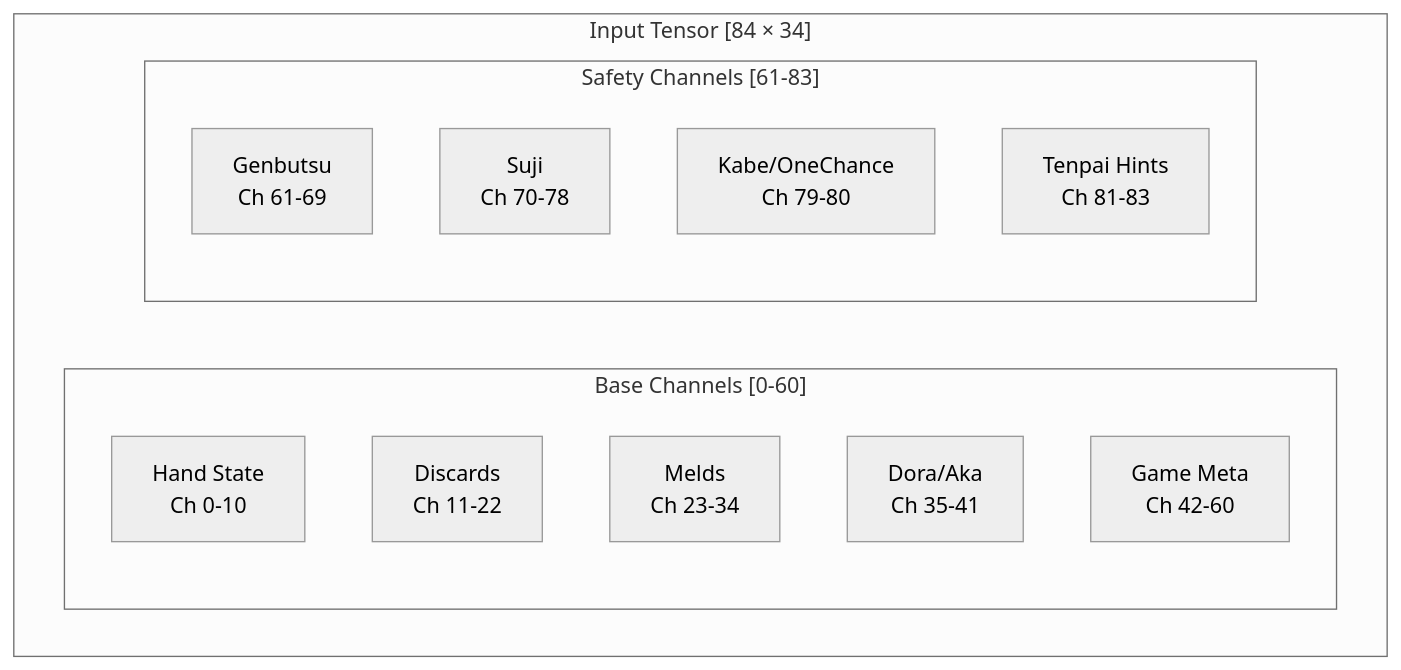
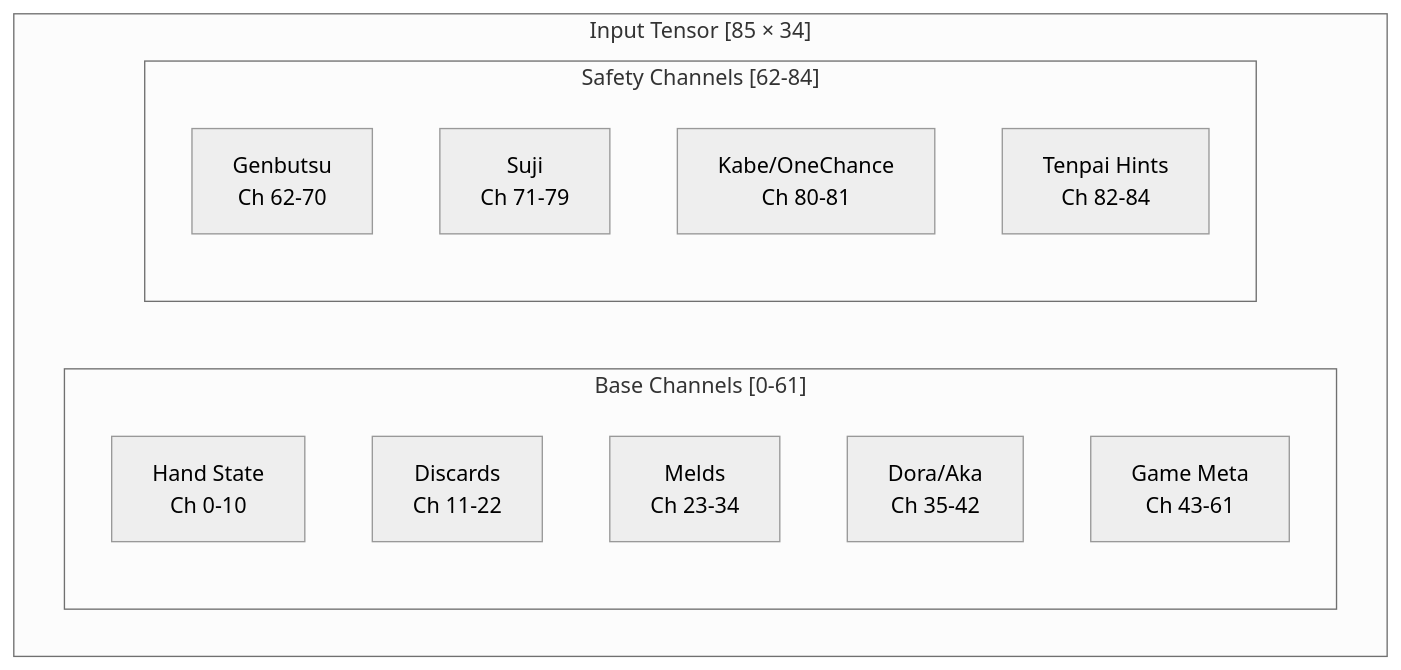
The fourth of 6 diagrams in research/HYDRA_SPEC.md (NikkeTryHard/hydra), drawn with Mermaid (neutral theme) before and after one commit. The commit also changed other lines of this file and 2 other files, not shown here.

First line of the commit message:
docs: fix dora indicator 4->5 slots with full channel renumbering (84->85ch)

````diff
--- a/research/HYDRA_SPEC.md
+++ b/research/HYDRA_SPEC.md
@@ -287,19 +287,19 @@
 ```mermaid
 graph TB
-    subgraph "Input Tensor [84 × 34]"
-        subgraph "Base Channels [0-60]"
+    subgraph "Input Tensor [85 × 34]"
+        subgraph "Base Channels [0-61]"
             HAND["Hand State<br/>Ch 0-10"]
             DISC["Discards<br/>Ch 11-22"]
             MELD["Melds<br/>Ch 23-34"]
-            DORA["Dora/Aka<br/>Ch 35-41"]
-            META["Game Meta<br/>Ch 42-60"]
+            DORA["Dora/Aka<br/>Ch 35-42"]
+            META["Game Meta<br/>Ch 43-61"]
         end
 
-        subgraph "Safety Channels [61-83]"
-            GEN["Genbutsu<br/>Ch 61-69"]
-            SUJI["Suji<br/>Ch 70-78"]
-            KABE["Kabe/OneChance<br/>Ch 79-80"]
-            HINT["Tenpai Hints<br/>Ch 81-83"]
+        subgraph "Safety Channels [62-84]"
+            GEN["Genbutsu<br/>Ch 62-70"]
+            SUJI["Suji<br/>Ch 71-79"]
+            KABE["Kabe/OneChance<br/>Ch 80-81"]
+            HINT["Tenpai Hints<br/>Ch 82-84"]
         end
     end
 ```
````
